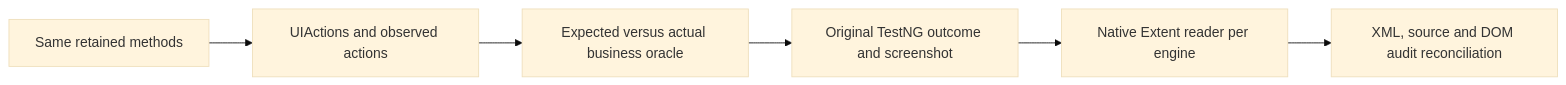
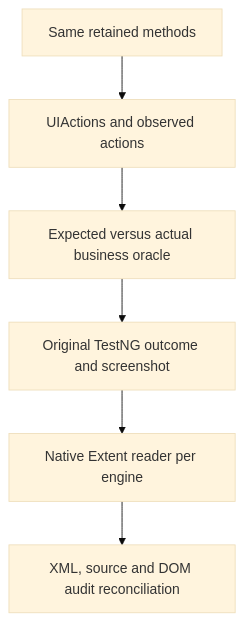
Before and after one commit to crististefanita/ATF_AI: the diagram in docs/feedback/Retained_UI_Auditability.md, drawn with Mermaid (base theme). The commit also changed 38 other files, not shown here.

````diff
--- a/docs/feedback/Retained_UI_Auditability.md
+++ b/docs/feedback/Retained_UI_Auditability.md
@@ -62,8 +62,8 @@
 ```mermaid
-flowchart LR
+flowchart TB
     Methods["Same retained methods"] --> Actions["UIActions and observed actions"]
     Actions --> Validation["Expected versus actual business oracle"]
     Validation --> Listener["Original TestNG outcome and screenshot"]
     Listener --> Reader["Native Extent reader per engine"]
     Reader --> Audit["XML, source and DOM audit reconciliation"]
 ```
````
